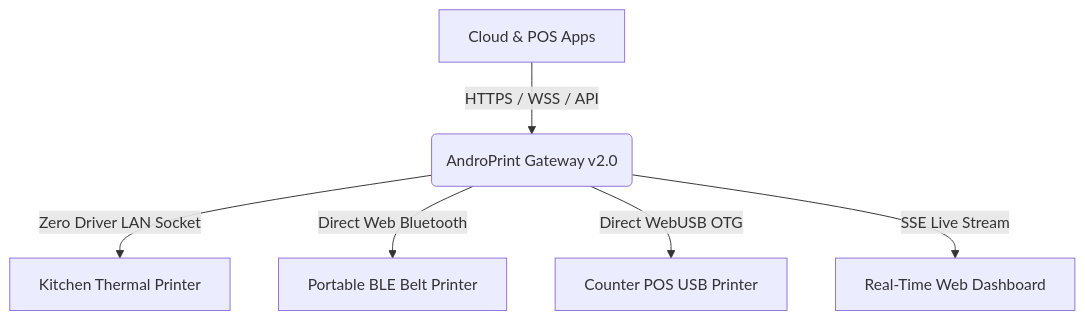
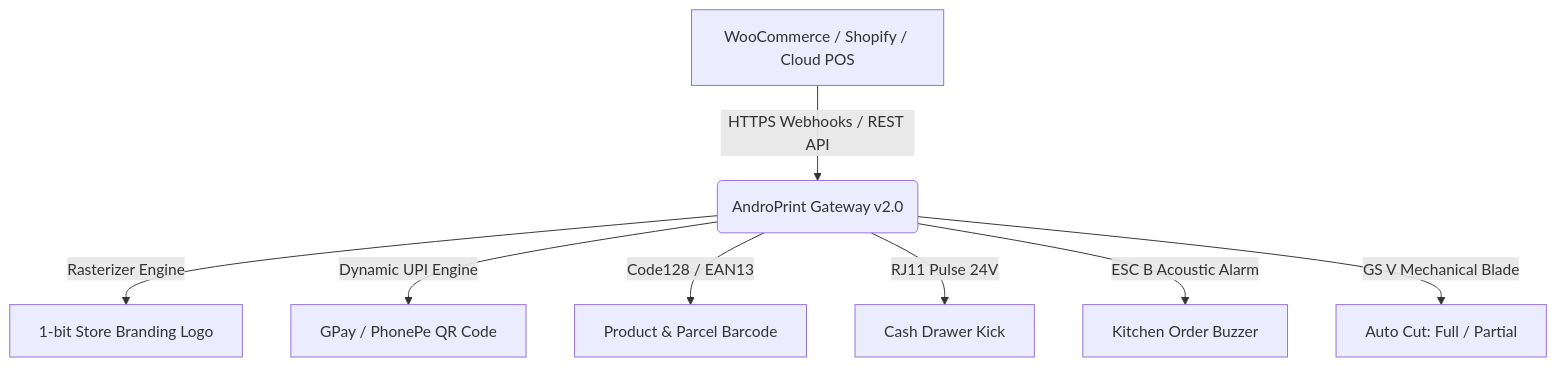
Before and after one commit to msamods/androprint: the diagram in README.md, drawn with Mermaid. The commit also changed other lines of this file, not shown here.

Commit message:
docs: update README with full v2.0 features, webhooks, UPI QR, and auto cut details

````diff
--- a/README.md
+++ b/README.md
@@ -67,8 +68,10 @@
 ```mermaid
 graph TD
-    A[Cloud & POS Apps] -->|HTTPS / WSS / API| B(AndroPrint Gateway v2.0)
-    B -->|Zero Driver LAN Socket| C[Kitchen Thermal Printer]
-    B -->|Direct Web Bluetooth| D[Portable BLE Belt Printer]
-    B -->|Direct WebUSB OTG| E[Counter POS USB Printer]
-    B -->|SSE Live Stream| F[Real-Time Web Dashboard]
+    A[WooCommerce / Shopify / Cloud POS] -->|HTTPS Webhooks / REST API| B(AndroPrint Gateway v2.0)
+    B -->|Rasterizer Engine| C[1-bit Store Branding Logo]
+    B -->|Dynamic UPI Engine| D[GPay / PhonePe QR Code]
+    B -->|Code128 / EAN13| E[Product & Parcel Barcode]
+    B -->|RJ11 Pulse 24V| F[Cash Drawer Kick]
+    B -->|ESC B Acoustic Alarm| G[Kitchen Order Buzzer]
+    B -->|GS V Mechanical Blade| H[Auto Cut: Full / Partial]
 ```
````
